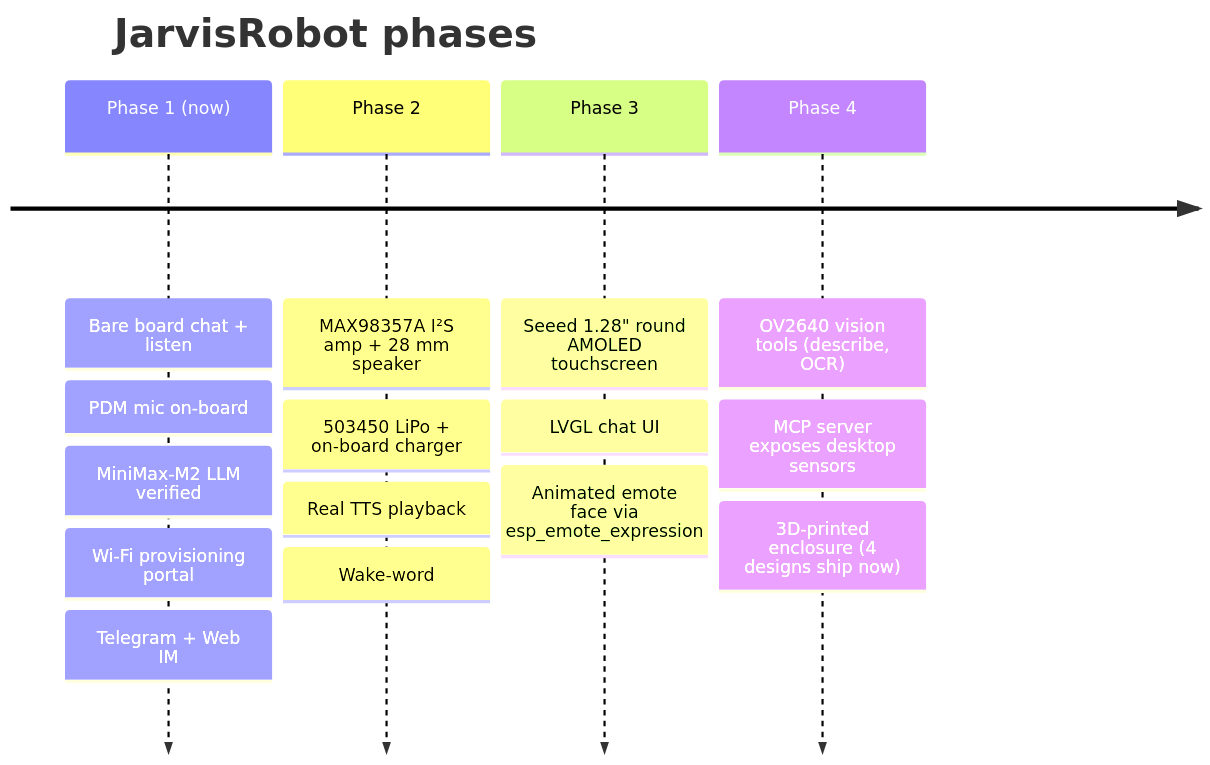
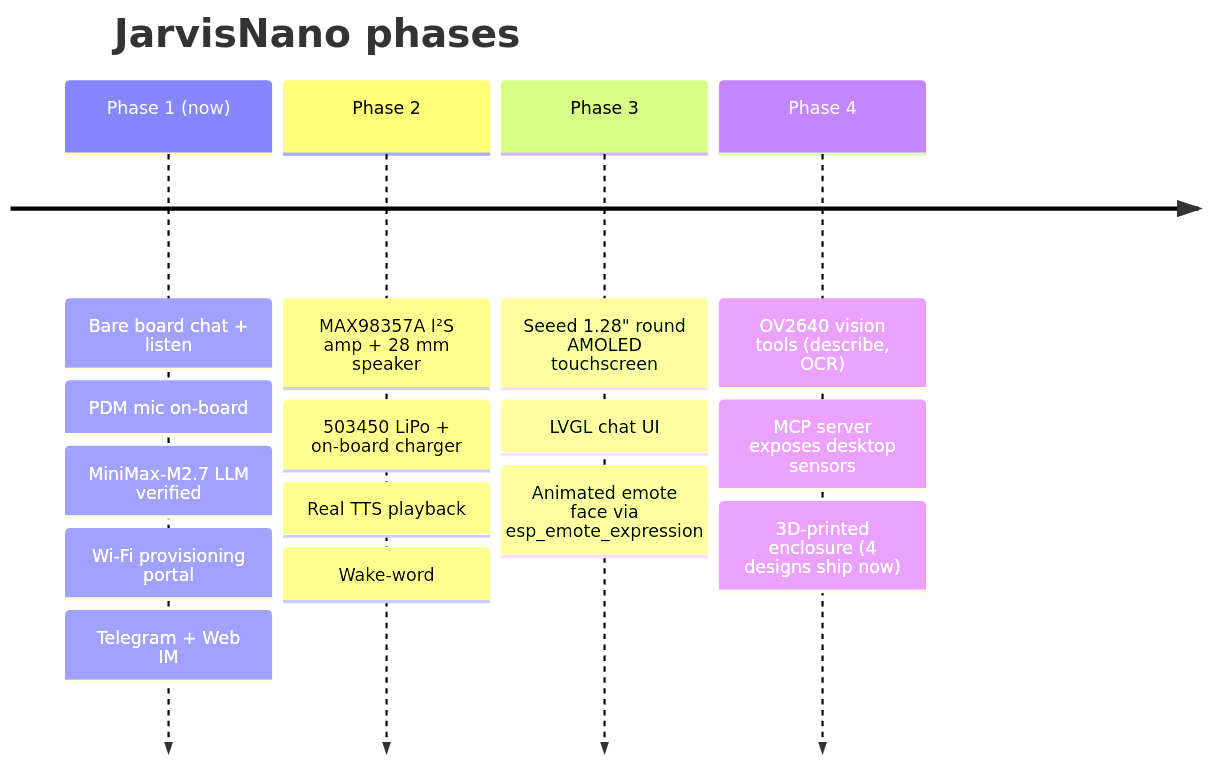
One commit to PascalAI2024/JarvisNano changed the second of 2 diagrams in README.md. Above: the diagram before and after it, drawn with Mermaid. The commit also changed other lines of this file and 63 other files, not shown here.

First line of the commit message:
feat: rebrand to JarvisNano + admin tabs + Android companion + Phase 2 firmware + protocol spec

````diff
--- a/README.md
+++ b/README.md
@@ -167,19 +199,19 @@
 ```mermaid
 timeline
-    title JarvisRobot phases
+    title JarvisNano phases
     Phase 1 (now) : Bare board chat + listen
                   : PDM mic on-board
-                  : MiniMax-M2 LLM verified
+                  : MiniMax-M2.7 LLM verified
                   : Wi-Fi provisioning portal
                   : Telegram + Web IM
     Phase 2       : MAX98357A I²S amp + 28 mm speaker
                   : 503450 LiPo + on-board charger
                   : Real TTS playback
                   : Wake-word
     Phase 3       : Seeed 1.28" round AMOLED touchscreen
                   : LVGL chat UI
                   : Animated emote face via esp_emote_expression
     Phase 4       : OV2640 vision tools (describe, OCR)
                   : MCP server exposes desktop sensors
                   : 3D-printed enclosure (4 designs ship now)
 ```
````
